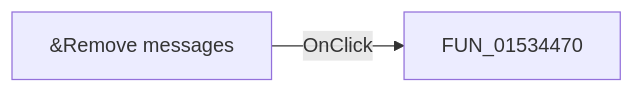
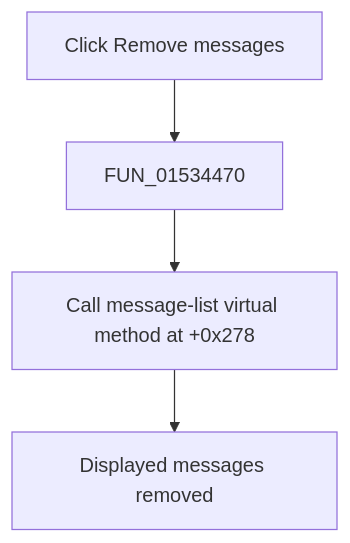
Before and after one commit to MovGP0/TIARA: the diagram in docs/ui-controls/netlisteditor/pmiremovemessages-9dea770a8a.md, drawn with Mermaid. The commit also changed other lines of this file and 1062 other files, not shown here.

````diff
--- a/docs/ui-controls/netlisteditor/pmiremovemessages-9dea770a8a.md
+++ b/docs/ui-controls/netlisteditor/pmiremovemessages-9dea770a8a.md
@@ -27,4 +29,6 @@
 ```mermaid
-flowchart LR
-    control["&Remove messages"] -->|OnClick| handler["FUN_01534470"]
+flowchart TD
+    control["Click Remove messages"] --> handler["FUN_01534470"]
+    handler --> clear["Call message-list virtual method at +0x278"]
+    clear --> done["Displayed messages removed"]
 ```
````
